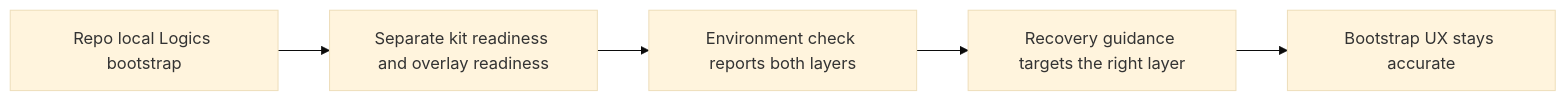
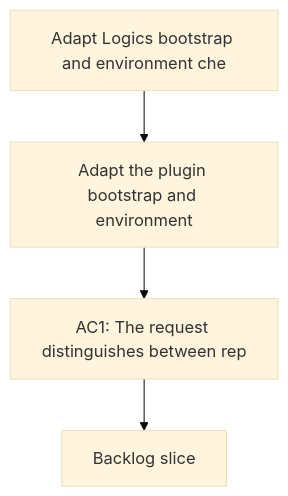
One commit to AlexAgo83/logics-manager changed the diagram in logics/request/req_077_adapt_logics_bootstrap_and_environment_checks_to_codex_workspace_overlays.md. Above: the diagram before and after it, drawn with Mermaid (base theme). The commit also changed other lines of this file and 481 other files, not shown here.

````diff
--- a/logics/request/req_077_adapt_logics_bootstrap_and_environment_checks_to_codex_workspace_overlays.md
+++ b/logics/request/req_077_adapt_logics_bootstrap_and_environment_checks_to_codex_workspace_overlays.md
@@ -36,9 +36,8 @@
 ```mermaid
 %% logics-kind: request
 %% logics-signature: request|adapt-logics-bootstrap-and-environment-c|adapt-the-plugin-bootstrap-and-environme|ac1-the-request-distinguishes-between-re
-flowchart LR
-    Bootstrap[Repo local Logics bootstrap] --> Split[Separate kit readiness and overlay readiness]
-    Split --> Check[Environment check reports both layers]
-    Check --> Recovery[Recovery guidance targets the right layer]
-    Recovery --> Outcome[Bootstrap UX stays accurate]
+flowchart TD
+    Trigger[Adapt Logics bootstrap and environment che] --> Need[Adapt the plugin bootstrap and environment]
+    Need --> Outcome[AC1: The request distinguishes between rep]
+    Outcome --> Backlog[Backlog slice]
 ```
````
